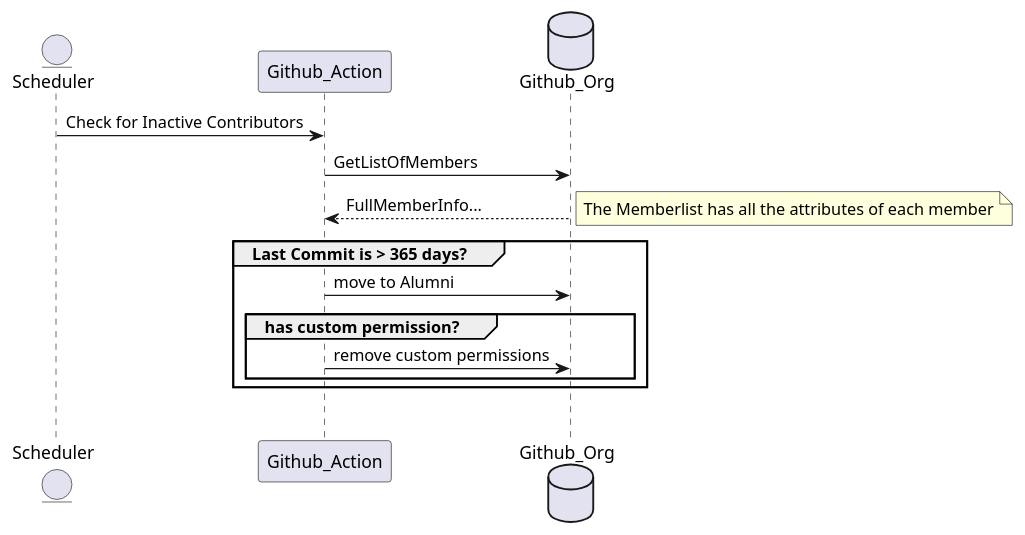
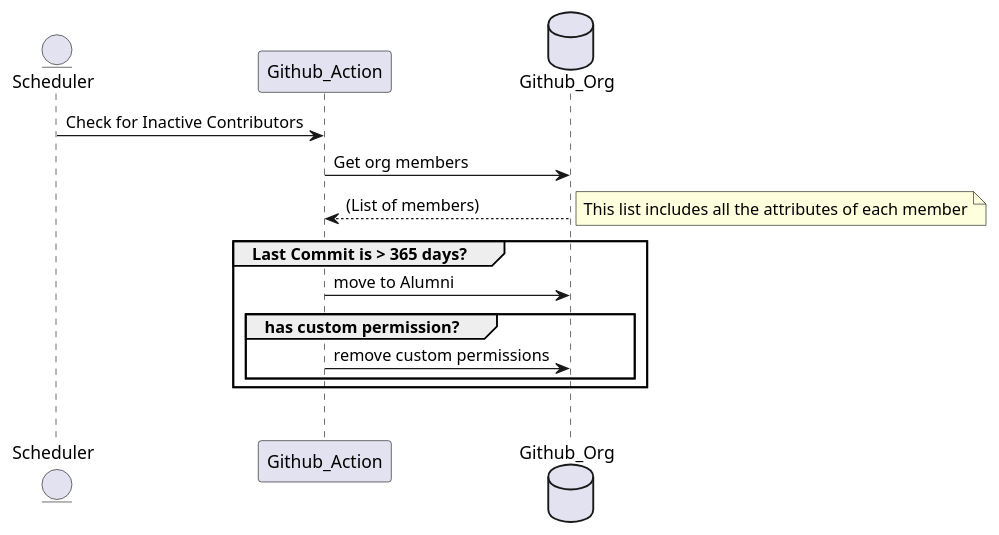
Before and after one commit to cucumber/action-retire-inactive-contributors: the diagram in diagrams/sequence.puml, drawn with PlantUML. The commit also changed 1 other file, not shown here.

```diff
--- a/diagrams/sequence.puml
+++ b/diagrams/sequence.puml
@@ -1,22 +1,22 @@
 @startuml
 entity Scheduler as s
 participant Github_Action as action
 database Github_Org as gh
 
 s -> action: Check for Inactive Contributors
-action -> gh: GetListOfMembers
-action <--  gh:FullMemberInfo...
+action -> gh: Get org members
+action <--  gh:(List of members)
 
 note right 
-The Memberlist has all the attributes of each member
+This list includes all the attributes of each member
 end note
 
 group Last Commit is > 365 days?
     action -> gh: move to Alumni
     group has custom permission?
     action -> gh: remove custom permissions
     end
     end
 
 group
 @enduml
```
